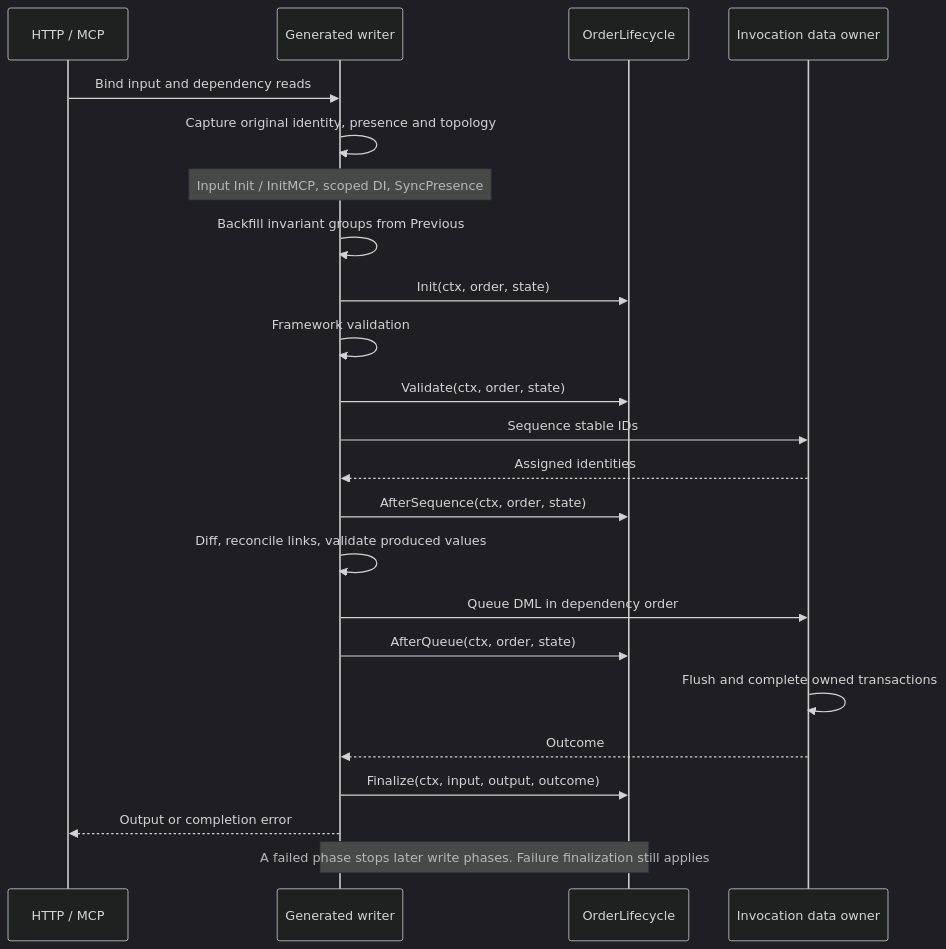
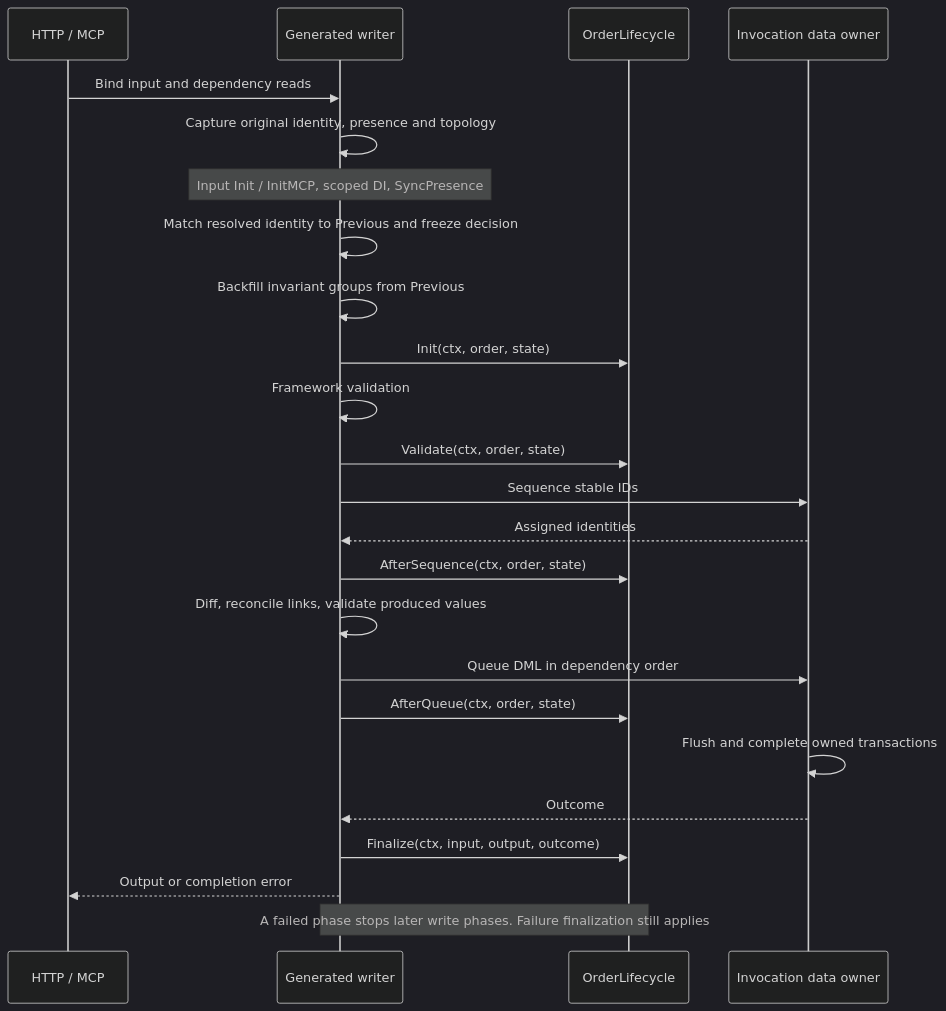
The second of 4 diagrams in doc/mutations.md (viant/datly), drawn with Mermaid (dark theme) before and after one commit. The commit also changed other lines of this file and 201 other files, not shown here.

````diff
--- a/doc/mutations.md
+++ b/doc/mutations.md
@@ -324,25 +327,26 @@
 ```mermaid
 sequenceDiagram
     participant Request as HTTP / MCP
     participant Writer as Generated writer
     participant Lifecycle as OrderLifecycle
     participant Data as Invocation data owner
     Request->>Writer: Bind input and dependency reads
     Writer->>Writer: Capture original identity, presence and topology
     Note over Writer: Input Init / InitMCP, scoped DI, SyncPresence
+    Writer->>Writer: Match resolved identity to Previous and freeze decision
     Writer->>Writer: Backfill invariant groups from Previous
     Writer->>Lifecycle: Init(ctx, order, state)
     Writer->>Writer: Framework validation
     Writer->>Lifecycle: Validate(ctx, order, state)
     Writer->>Data: Sequence stable IDs
     Data-->>Writer: Assigned identities
     Writer->>Lifecycle: AfterSequence(ctx, order, state)
     Writer->>Writer: Diff, reconcile links, validate produced values
     Writer->>Data: Queue DML in dependency order
     Writer->>Lifecycle: AfterQueue(ctx, order, state)
     Data->>Data: Flush and complete owned transactions
     Data-->>Writer: Outcome
     Writer->>Lifecycle: Finalize(ctx, input, output, outcome)
     Writer-->>Request: Output or completion error
     Note over Writer,Lifecycle: A failed phase stops later write phases. Failure finalization still applies
 ```
````
